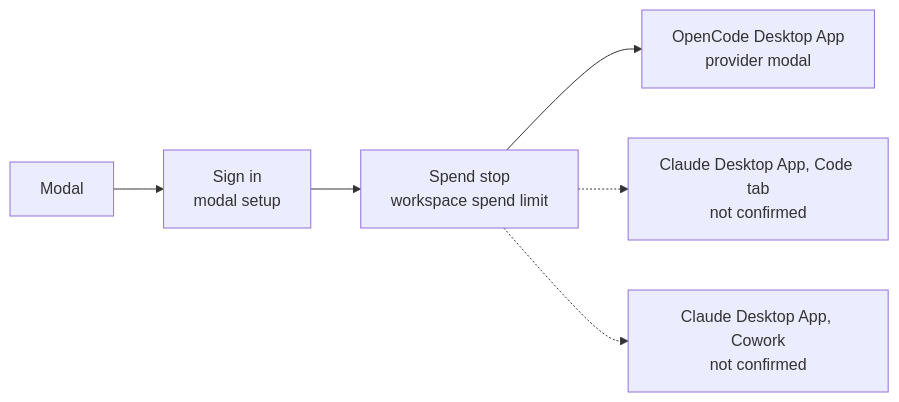
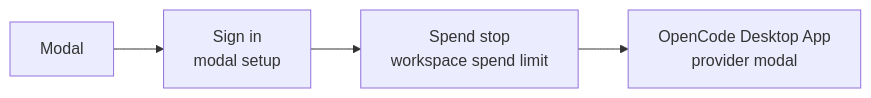
One commit to SoulCraft-Org/compute-crafter changed the diagram in guides/modal.md. Above: the diagram before and after it, drawn with Mermaid. The commit also changed other lines of this file and 63 other files, not shown here.

````diff
--- a/guides/modal.md
+++ b/guides/modal.md
@@ -5,7 +5,5 @@
 ```mermaid
 flowchart LR
   P[Modal] --> S[Sign in<br/>modal setup] --> G[Spend stop<br/>workspace spend limit]
   G --> O[OpenCode Desktop App<br/>provider modal]
-  G -.-> C[Claude Desktop App, Code tab<br/>not confirmed]
-  G -.-> W[Claude Desktop App, Cowork<br/>not confirmed]
 ```
````
